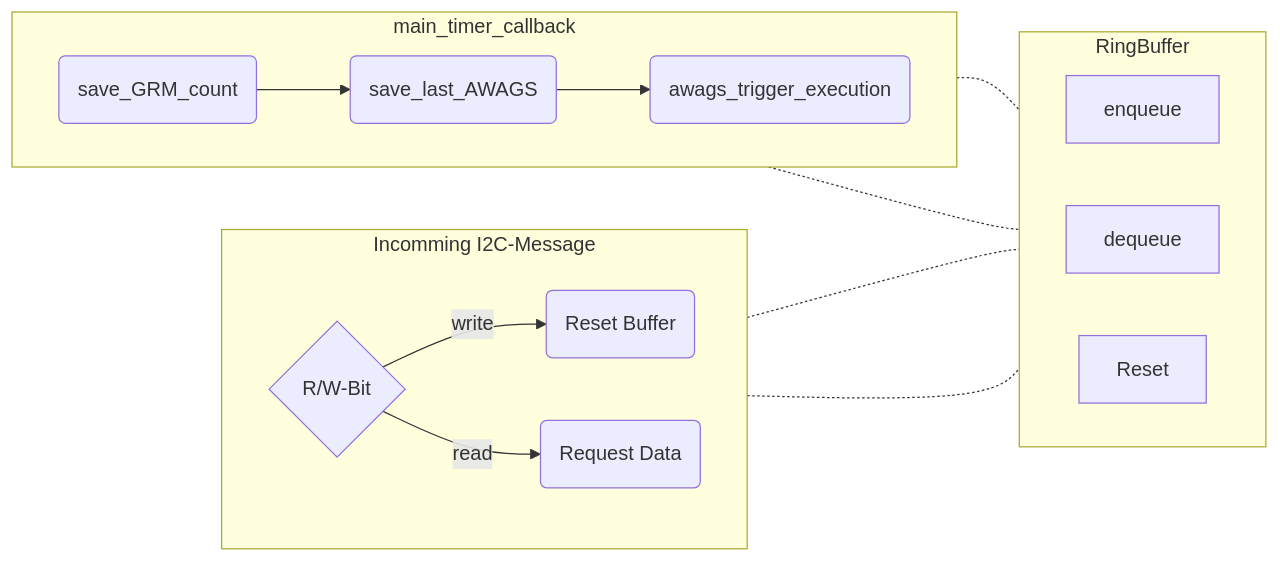
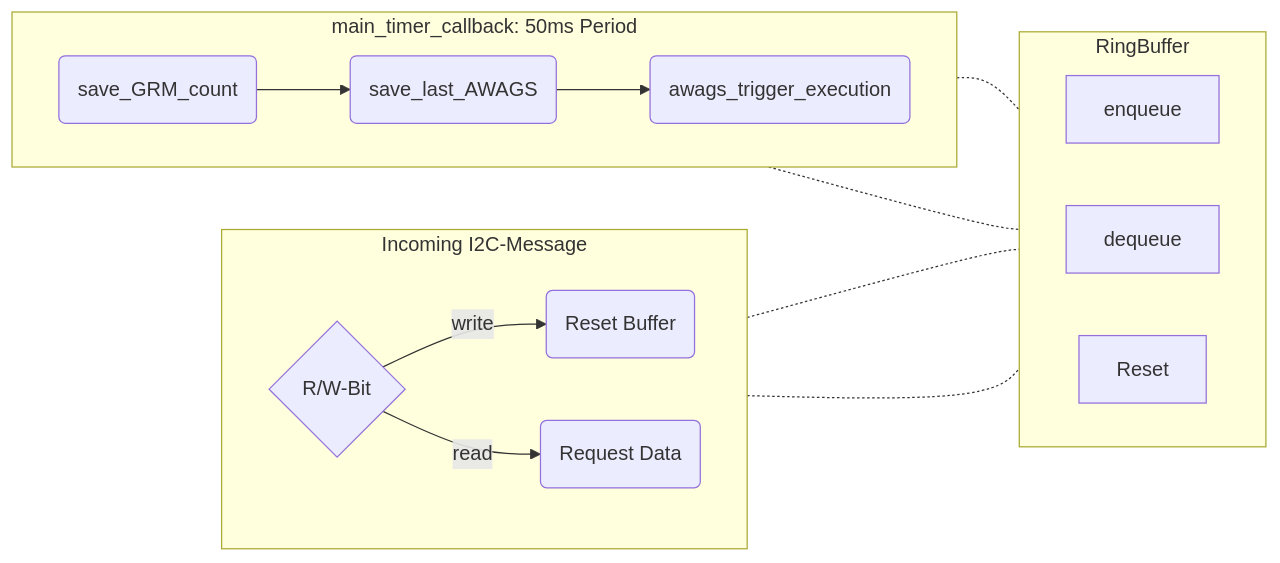
The first of 3 diagrams in README.md (use-less-vars/CMEX_Nova), drawn with Mermaid before and after one commit. The commit also changed other lines of this file, not shown here.

````diff
--- a/README.md
+++ b/README.md
@@ -4,33 +4,33 @@
 ```mermaid
 flowchart LR
     subgraph RingBuffer 
         direction LR
         enqueue
         dequeue
         Reset
     end
 
-    subgraph Incomming I2C-Message 
+    subgraph Incoming I2C-Message 
         direction LR
         if_state{ R/W-Bit}
         W(Reset Buffer)
         R(Request Data)
         if_state -->|write| W
         W -.- Reset
         if_state -->|read| R
         R -.- dequeue
     end
 
-    subgraph main_timer_callback 
+    subgraph main_timer_callback: 50ms Period
       direction LR
       a(save_GRM_count)
       b(save_last_AWAGS)
       c(awags_trigger_execution)
       a -.- enqueue
       b -.- enqueue
 
 
       a-->b
       b-->c
     end
 ```
````
